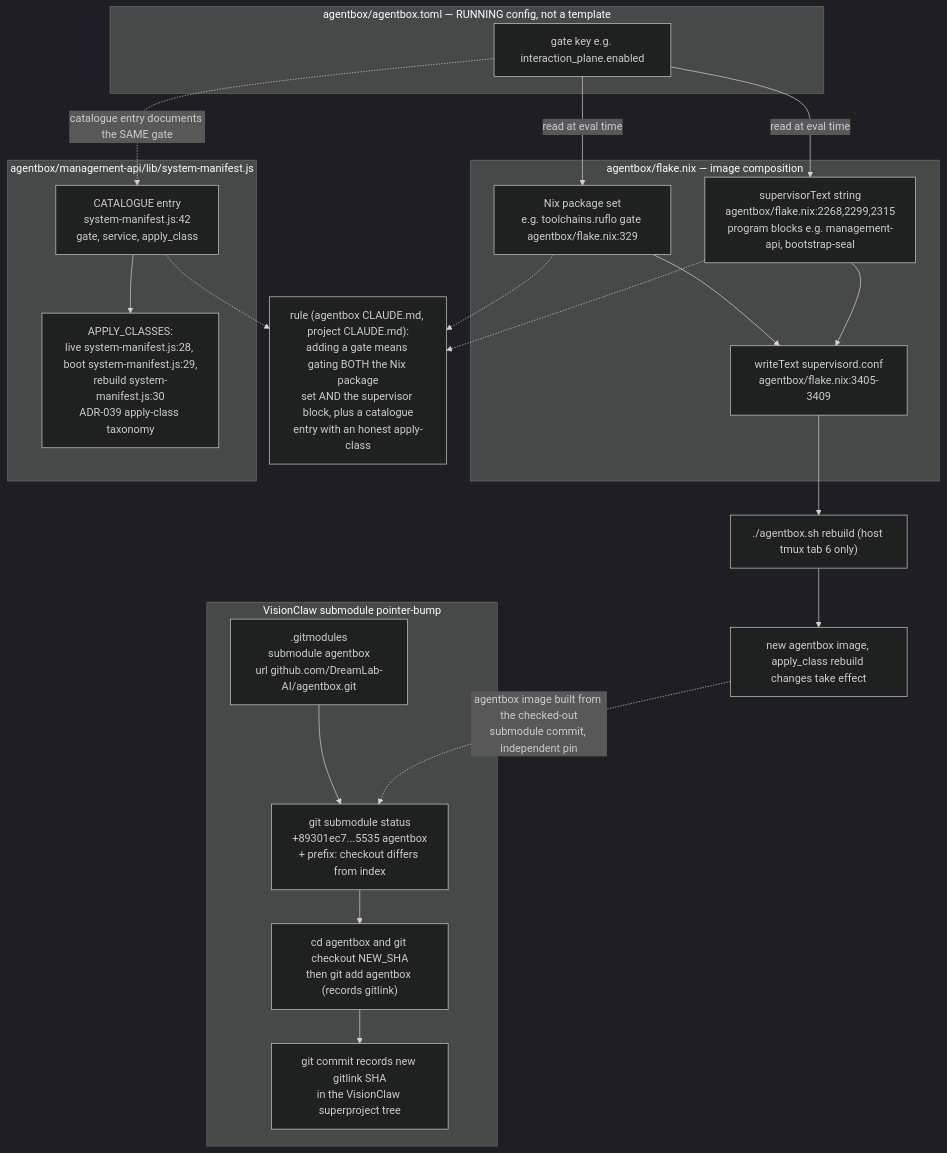
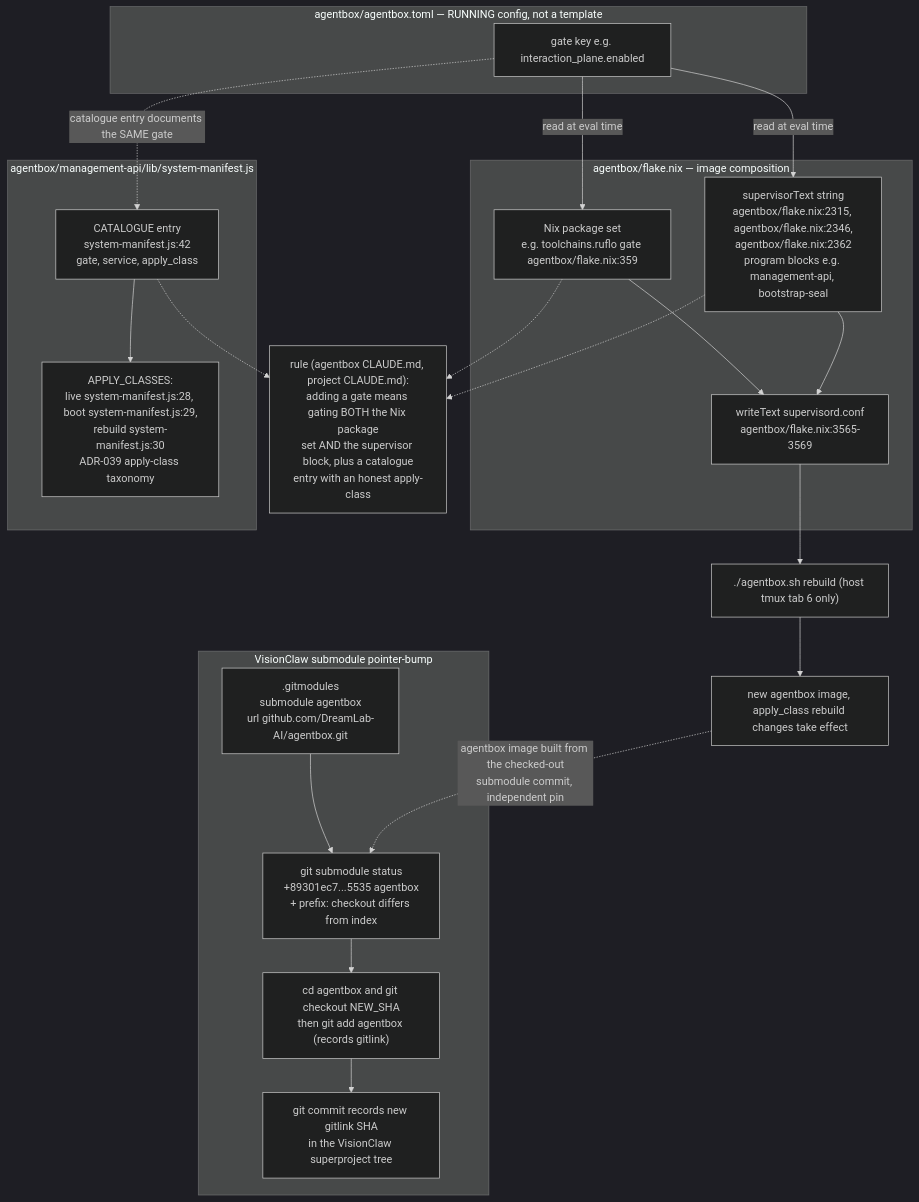
One commit to DreamLab-AI/VisionFlow changed the tenth of 24 diagrams in docs/diagrams/estate/09-build-deploy-and-ci-estate.md. Above: the diagram before and after it, drawn with Mermaid (dark theme). The commit also changed other lines of this file and 14 other files, not shown here.

First line of the commit message:
docs(diagrams): custody role isolation — new AB-36, re-stamp 11 topics at the custody integration head

````diff
--- a/docs/diagrams/estate/09-build-deploy-and-ci-estate.md
+++ b/docs/diagrams/estate/09-build-deploy-and-ci-estate.md
@@ -365,42 +376,42 @@
 ```mermaid
 flowchart TB
     subgraph FLAKE["agentbox/flake.nix — image composition"]
-        NIXPKG["Nix package set<br/>e.g. toolchains.ruflo gate agentbox/flake.nix:329"]
-        SUPTEXT["supervisorText string<br/>agentbox/flake.nix:2268,2299,2315<br/>program blocks e.g. management-api, bootstrap-seal"]
-        SUPWRITE["writeText supervisord.conf<br/>agentbox/flake.nix:3405-3409"]
+        NIXPKG["Nix package set<br/>e.g. toolchains.ruflo gate agentbox/flake.nix:359"]
+        SUPTEXT["supervisorText string<br/>agentbox/flake.nix:2315, agentbox/flake.nix:2346,<br/>agentbox/flake.nix:2362<br/>program blocks e.g. management-api, bootstrap-seal"]
+        SUPWRITE["writeText supervisord.conf<br/>agentbox/flake.nix:3565-3569"]
     end
     subgraph TOML["agentbox/agentbox.toml — RUNNING config, not a template"]
         GATEKEY["gate key e.g. interaction_plane.enabled"]
     end
     subgraph MANIFEST["agentbox/management-api/lib/system-manifest.js"]
         CATALOGUE["CATALOGUE entry<br/>system-manifest.js:42<br/>gate, service, apply_class"]
         APPLYCLASS["APPLY_CLASSES:<br/>live system-manifest.js:28, boot system-manifest.js:29,<br/>rebuild system-manifest.js:30<br/>ADR-039 apply-class taxonomy"]
     end
 
     GATEKEY -->|"read at eval time"| NIXPKG
     GATEKEY -->|"read at eval time"| SUPTEXT
     NIXPKG --> SUPWRITE
     SUPTEXT --> SUPWRITE
     GATEKEY -.->|"catalogue entry documents the SAME gate"| CATALOGUE
     CATALOGUE --> APPLYCLASS
 
     RULE["rule (agentbox CLAUDE.md, project CLAUDE.md):<br/>adding a gate means gating BOTH the Nix package<br/>set AND the supervisor block, plus a catalogue<br/>entry with an honest apply-class"]
     NIXPKG -.-> RULE
     SUPTEXT -.-> RULE
     CATALOGUE -.-> RULE
 
     REBUILD["./agentbox.sh rebuild (host tmux tab 6 only)"]
     SUPWRITE --> REBUILD
     REBUILD --> IMAGE["new agentbox image, apply_class rebuild changes take effect"]
 
     subgraph SUBMOD["VisionClaw submodule pointer-bump"]
         GITMODULES[".gitmodules<br/>submodule agentbox<br/>url github.com/DreamLab-AI/agentbox.git"]
         SUBSTATUS["git submodule status<br/>+89301ec7...5535 agentbox<br/>+ prefix: checkout differs from index"]
         SUBUPDATE["cd agentbox and git checkout NEW_SHA<br/>then git add agentbox (records gitlink)"]
         SUBCOMMIT["git commit records new gitlink SHA<br/>in the VisionClaw superproject tree"]
     end
     GITMODULES --> SUBSTATUS
     SUBSTATUS --> SUBUPDATE
     SUBUPDATE --> SUBCOMMIT
     IMAGE -.->|"agentbox image built from the checked-out<br/>submodule commit, independent pin"| SUBSTATUS
 ```
````
